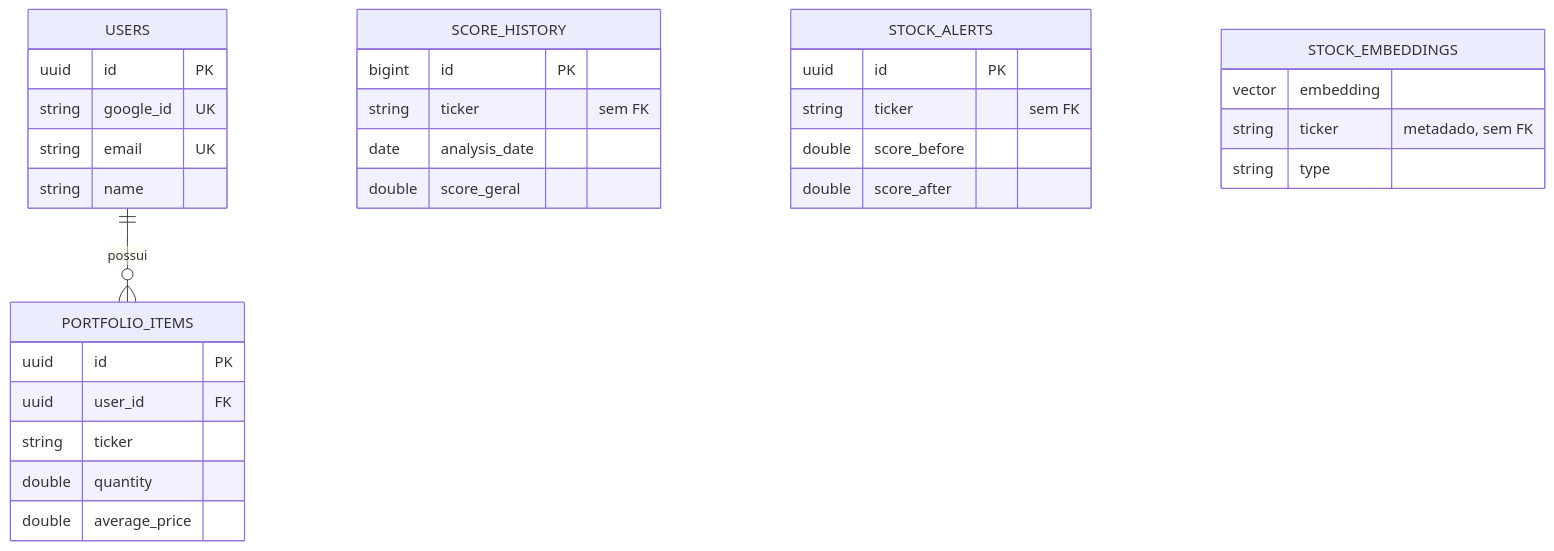
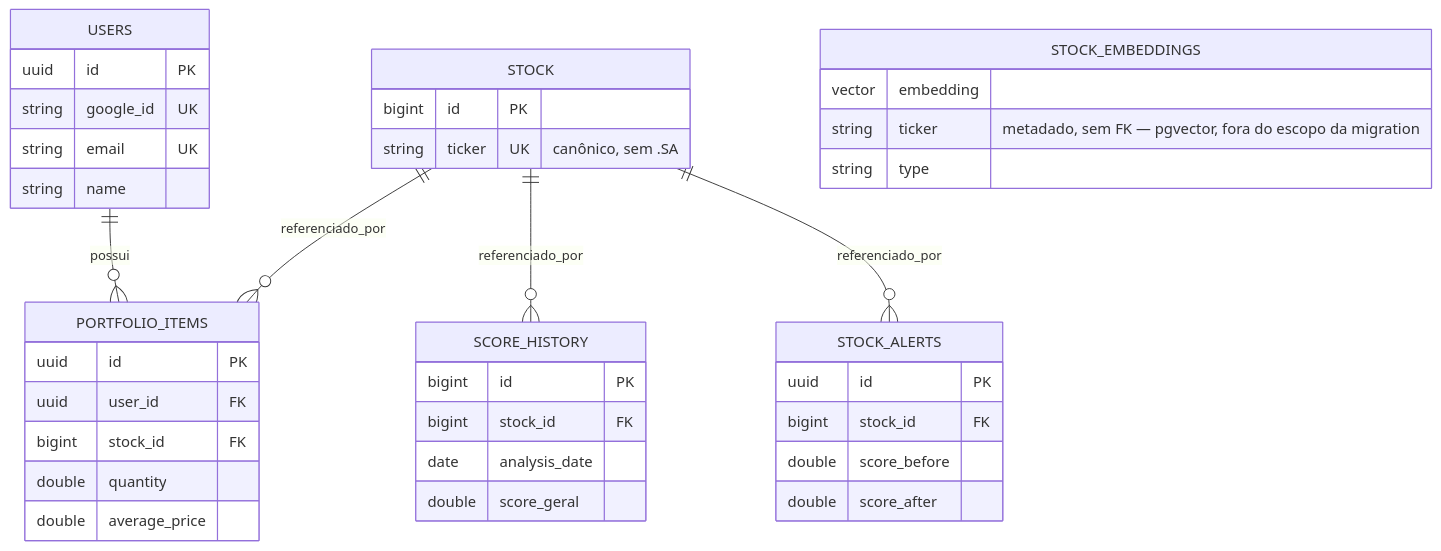
The first of 4 diagrams in docs/PROJECT_DOCUMENTATION.md (bpieropandev-hash/stock-ai-analyzer), drawn with Mermaid before and after one commit. The commit also changed other lines of this file and 18 other files, not shown here.

````diff
--- a/docs/PROJECT_DOCUMENTATION.md
+++ b/docs/PROJECT_DOCUMENTATION.md
@@ -233,34 +242,41 @@
 ```mermaid
 erDiagram
     USERS ||--o{ PORTFOLIO_ITEMS : possui
+    STOCK ||--o{ PORTFOLIO_ITEMS : referenciado_por
+    STOCK ||--o{ SCORE_HISTORY : referenciado_por
+    STOCK ||--o{ STOCK_ALERTS : referenciado_por
     USERS {
         uuid id PK
         string google_id UK
         string email UK
         string name
     }
+    STOCK {
+        bigint id PK
+        string ticker UK "canônico, sem .SA"
+    }
     PORTFOLIO_ITEMS {
         uuid id PK
         uuid user_id FK
-        string ticker
+        bigint stock_id FK
         double quantity
         double average_price
     }
     SCORE_HISTORY {
         bigint id PK
-        string ticker "sem FK"
+        bigint stock_id FK
         date analysis_date
         double score_geral
     }
     STOCK_ALERTS {
         uuid id PK
-        string ticker "sem FK"
+        bigint stock_id FK
         double score_before
         double score_after
     }
     STOCK_EMBEDDINGS {
         vector embedding
-        string ticker "metadado, sem FK"
+        string ticker "metadado, sem FK — pgvector, fora do escopo da migration"
         string type
     }
 ```
````
